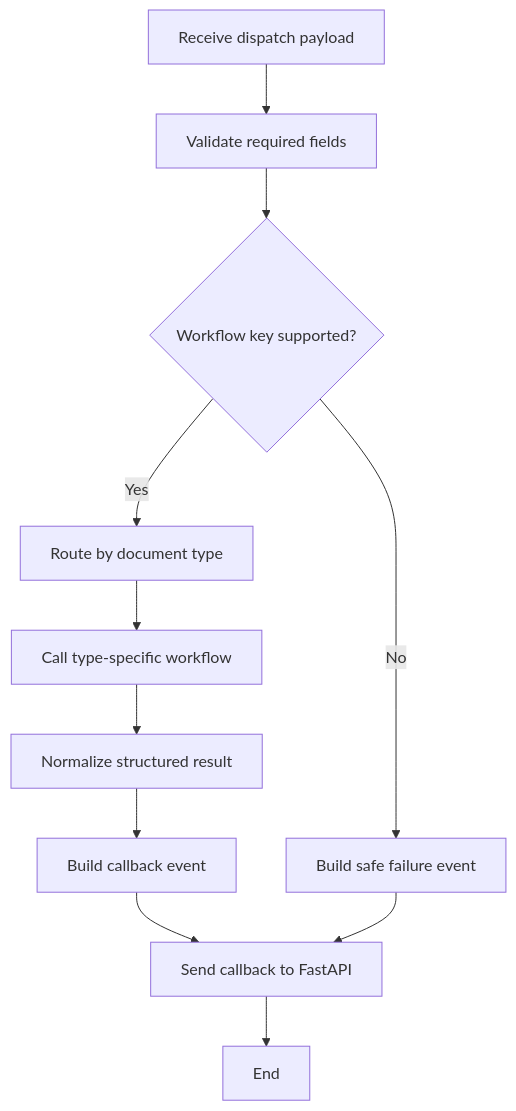
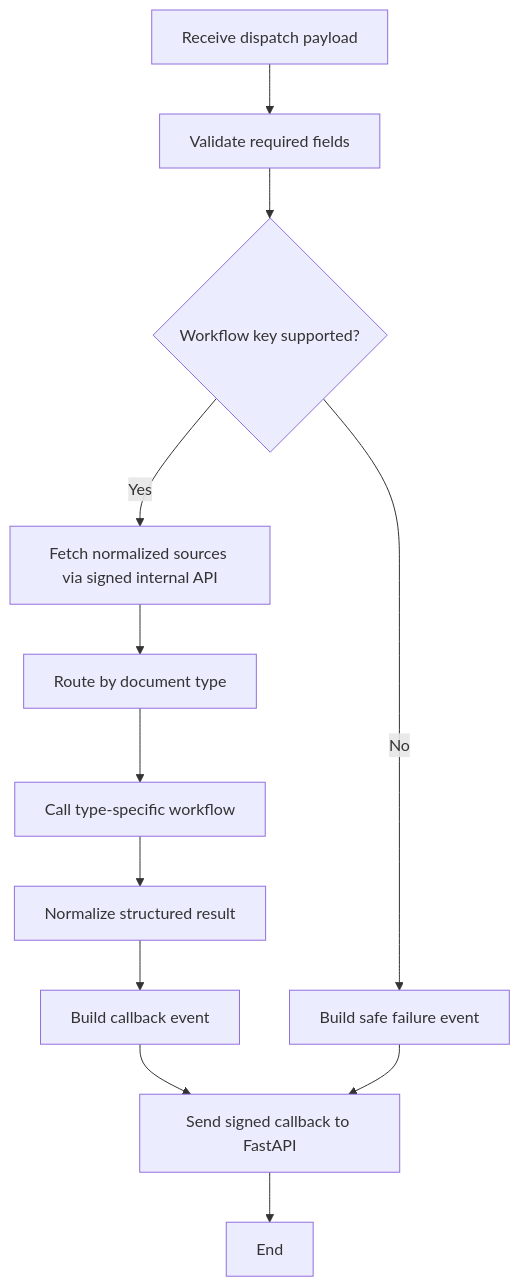
The diagram in docs/N8N_WORKFLOW_DESIGN.md (SaktiArifDwiPutra/document-saas), drawn with Mermaid before and after one commit. The commit also changed other lines of this file and 7 other files, not shown here.

````diff
--- a/docs/N8N_WORKFLOW_DESIGN.md
+++ b/docs/N8N_WORKFLOW_DESIGN.md
@@ -55,13 +57,14 @@
 ``` mermaid
 flowchart TD
     A[Receive dispatch payload] --> B[Validate required fields]
     B --> C{Workflow key supported?}
     C -- No --> E[Build safe failure event]
-    C -- Yes --> D[Route by document type]
+    C -- Yes --> S[Fetch normalized sources via signed internal API]
+    S --> D[Route by document type]
     D --> F[Call type-specific workflow]
     F --> G[Normalize structured result]
     G --> H[Build callback event]
-    H --> I[Send callback to FastAPI]
+    H --> I[Send signed callback to FastAPI]
     I --> J[End]
     E --> I
 ```
````
